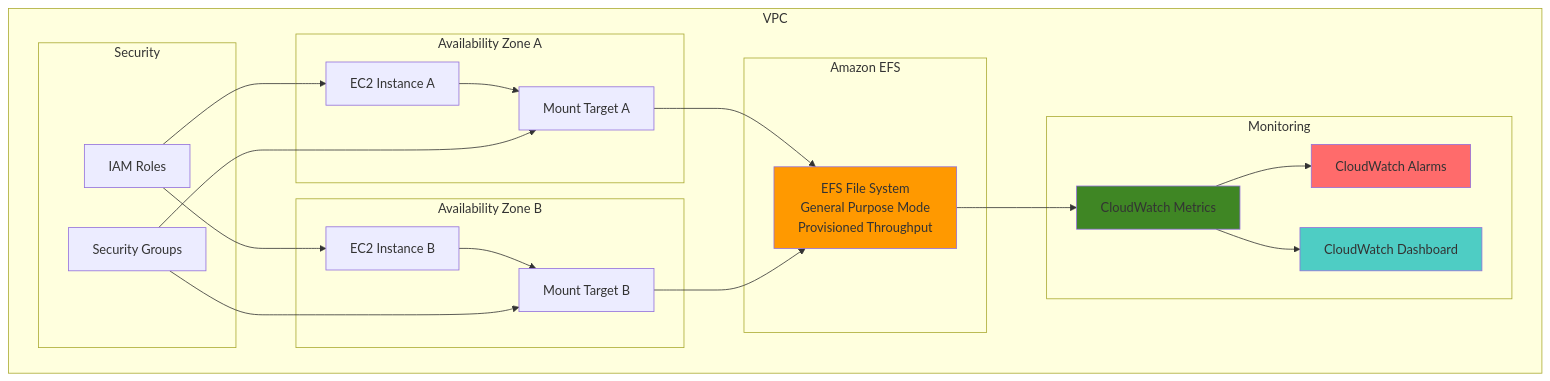
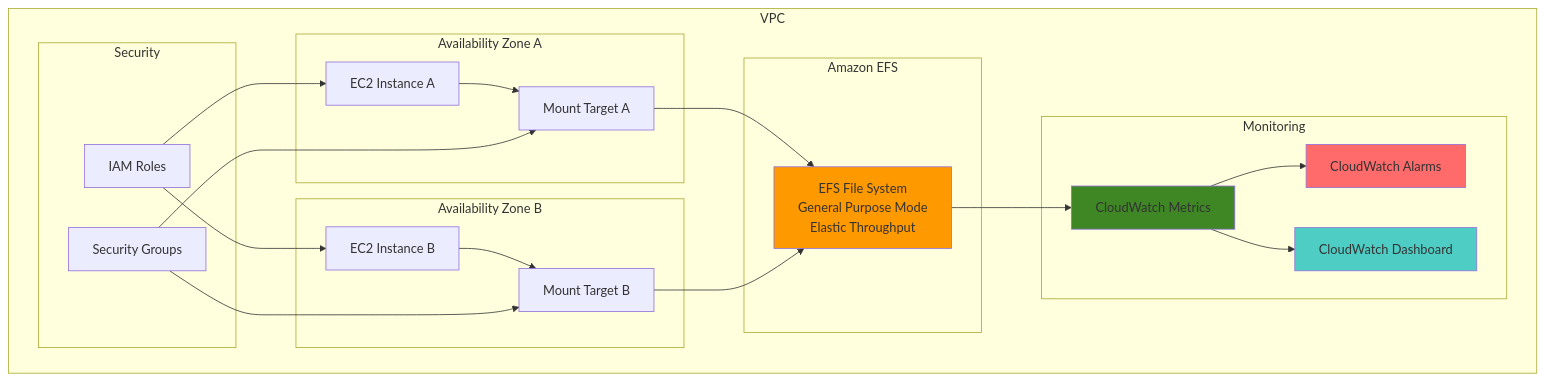
One commit to mzazon/awesome-cloud-projects changed the diagram in aws/efs-performance-optimization/efs-performance-optimization.md. Above: the diagram before and after it, drawn with Mermaid. The commit also changed other lines of this file and 5581 other files, not shown here.

````diff
--- a/aws/efs-performance-optimization/efs-performance-optimization.md
+++ b/aws/efs-performance-optimization/efs-performance-optimization.md
@@ -30,46 +30,46 @@
 ```mermaid
 graph TB
     subgraph "VPC"
         subgraph "Availability Zone A"
             EC2A[EC2 Instance A]
             MTA[Mount Target A]
         end
         
         subgraph "Availability Zone B"
             EC2B[EC2 Instance B]
             MTB[Mount Target B]
         end
         
         subgraph "Amazon EFS"
-            EFS[EFS File System<br/>General Purpose Mode<br/>Provisioned Throughput]
+            EFS[EFS File System<br/>General Purpose Mode<br/>Elastic Throughput]
         end
         
         subgraph "Monitoring"
             CW[CloudWatch Metrics]
             CWA[CloudWatch Alarms]
             CWD[CloudWatch Dashboard]
         end
         
         subgraph "Security"
             SG[Security Groups]
             IAM[IAM Roles]
         end
     end
     
     EC2A --> MTA
     EC2B --> MTB
     MTA --> EFS
     MTB --> EFS
     EFS --> CW
     CW --> CWA
     CW --> CWD
     SG --> MTA
     SG --> MTB
     IAM --> EC2A
     IAM --> EC2B
     
     style EFS fill:#FF9900
     style CW fill:#3F8624
     style CWA fill:#FF6B6B
     style CWD fill:#4ECDC4
 ```
````
